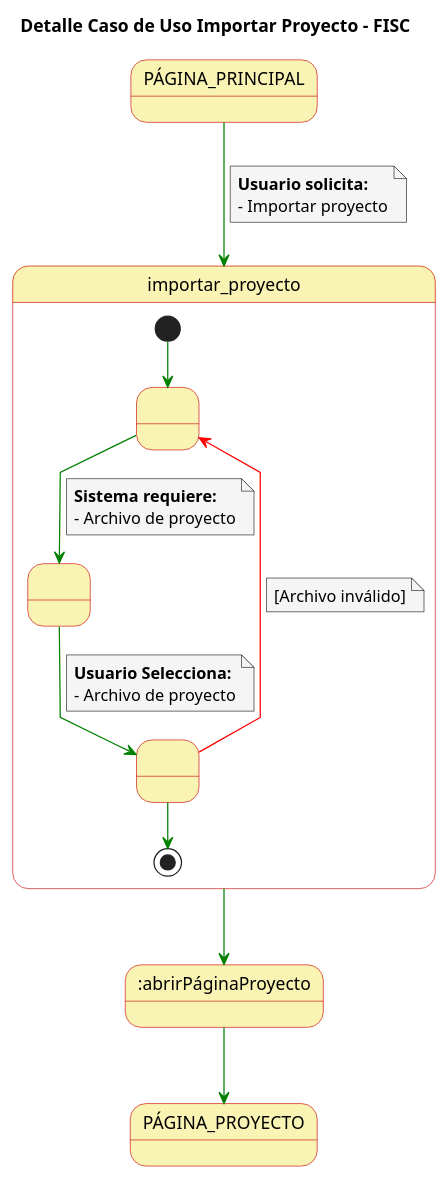
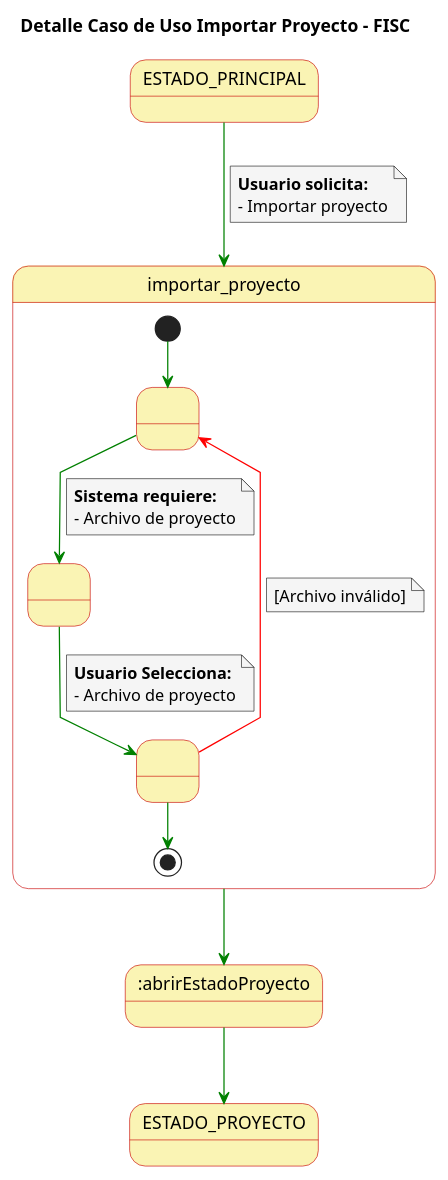
One commit to mmasias/23-24-IdSw1-SDR changed the diagram in casosDeUso/detallesCasosUso/detalleCasoUsoImportarProyecto.puml. Above: the diagram before and after it, drawn with PlantUML. The commit also changed 8 other files, not shown here.

```diff
--- a/casosDeUso/detallesCasosUso/detalleCasoUsoImportarProyecto.puml
+++ b/casosDeUso/detallesCasosUso/detalleCasoUsoImportarProyecto.puml
@@ -1,50 +1,50 @@
 @startuml
 
 skinparam state {
   BackgroundColor #faf4b4
   BorderColor #c90000
 }
 
 skinparam note {
   BackgroundColor #f5f5f5
 }
 
 skinparam linetype polyline
 
 title Detalle Caso de Uso Importar Proyecto - FISC
 
 
-PÁGINA_PRINCIPAL -[#green]-> importar_proyecto 
+ESTADO_PRINCIPAL -[#green]-> importar_proyecto 
 note on link
   **Usuario solicita:**
   - Importar proyecto
 end note
 
 state importar_proyecto {
   state 1 as " "
   state 2 as " "
   state 3 as " "
   
   [*] -[#green]-> 1
   1 -[#green]-> 2
   note on link
       **Sistema requiere:**
       - Archivo de proyecto
   end note
   2 -[#green]-> 3
   note on link
     **Usuario Selecciona:**
     - Archivo de proyecto
   end note
   3 -[#red]-> 1
   note on link
     [Archivo inválido]
   end note
   3 -[#green]-> [*]
 }
 
-importar_proyecto -[#green]-> :abrirPáginaProyecto
+importar_proyecto -[#green]-> :abrirEstadoProyecto
 
-:abrirPáginaProyecto -[#green]-> PÁGINA_PROYECTO
+:abrirEstadoProyecto -[#green]-> ESTADO_PROYECTO
 
 @enduml
```
